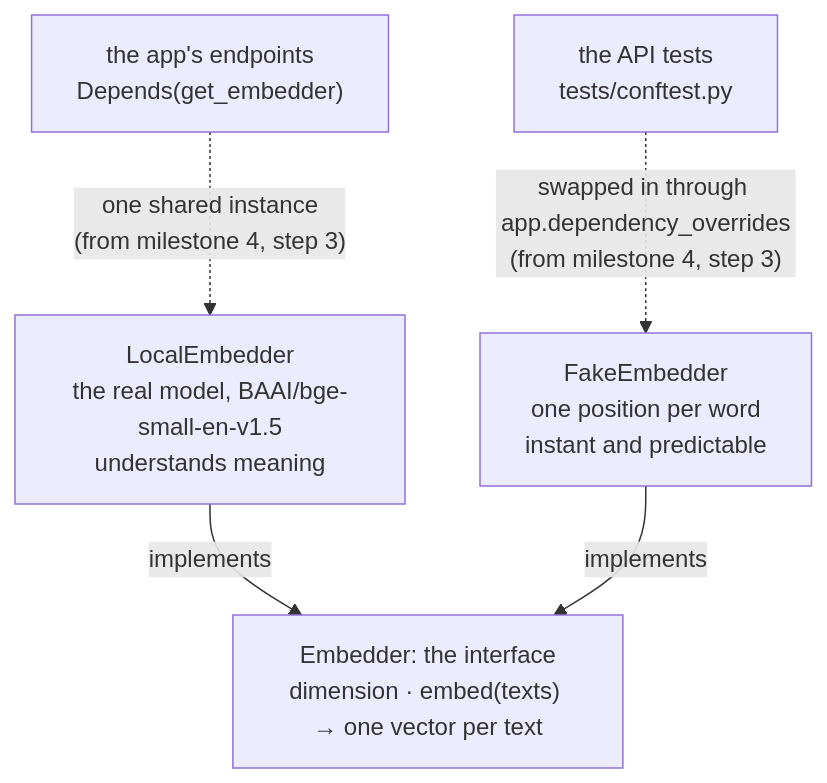
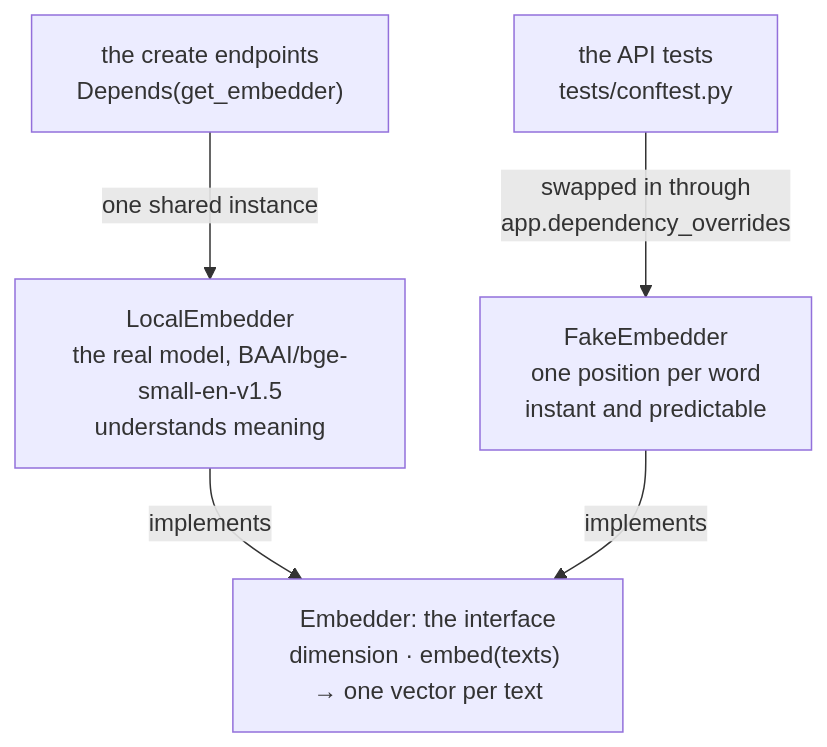
Before and after one commit to ZiadHendawy/mutable: diagram 16 of 23 in docs/design.md, drawn with Mermaid. The commit also changed other lines of this file and 10 other files, not shown here.

````diff
--- a/docs/design.md
+++ b/docs/design.md
@@ -842,13 +871,13 @@
 ```mermaid
 flowchart TB
     iface["Embedder: the interface<br/>dimension · embed(texts) → one vector per text"]
     local["LocalEmbedder<br/>the real model, BAAI/bge-small-en-v1.5<br/>understands meaning"]
     fake["FakeEmbedder<br/>one position per word<br/>instant and predictable"]
-    app["the app's endpoints<br/>Depends(get_embedder)"]
+    app["the create endpoints<br/>Depends(get_embedder)"]
     tests["the API tests<br/>tests/conftest.py"]
 
     local -- implements --> iface
     fake -- implements --> iface
-    app -. "one shared instance<br/>(from milestone 4, step 3)" .-> local
-    tests -. "swapped in through app.dependency_overrides<br/>(from milestone 4, step 3)" .-> fake
+    app -- "one shared instance" --> local
+    tests -- "swapped in through<br/>app.dependency_overrides" --> fake
 ```
````
